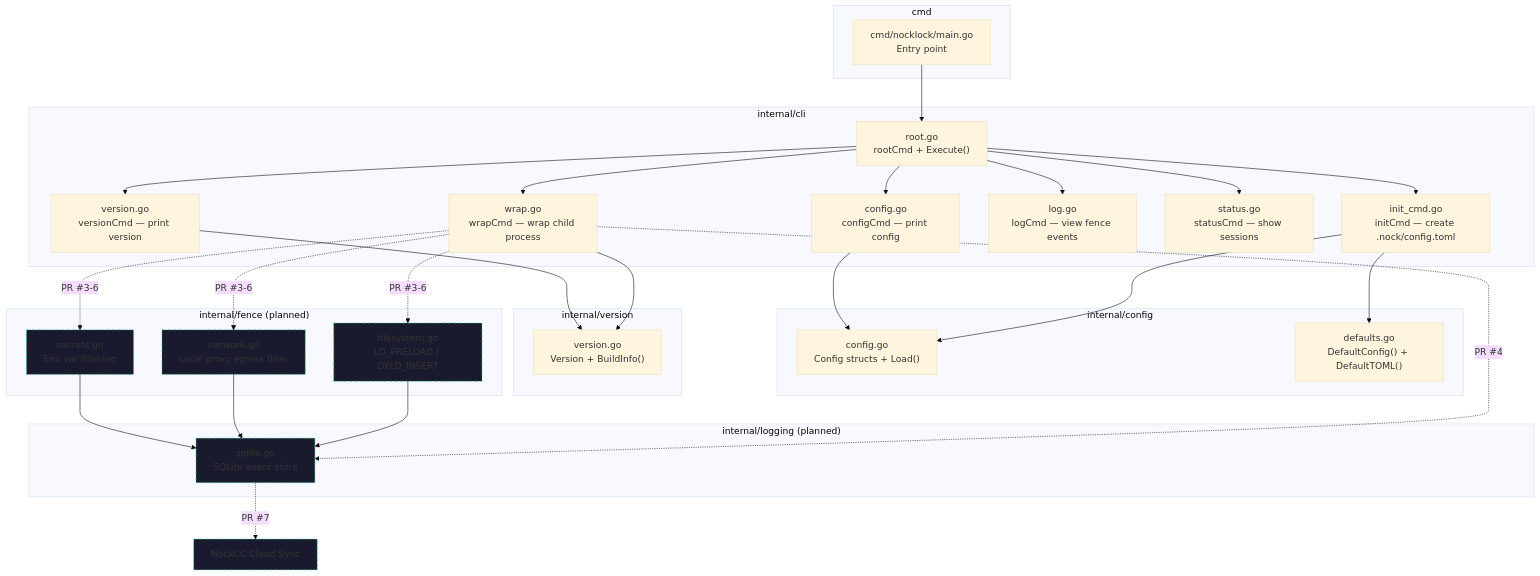
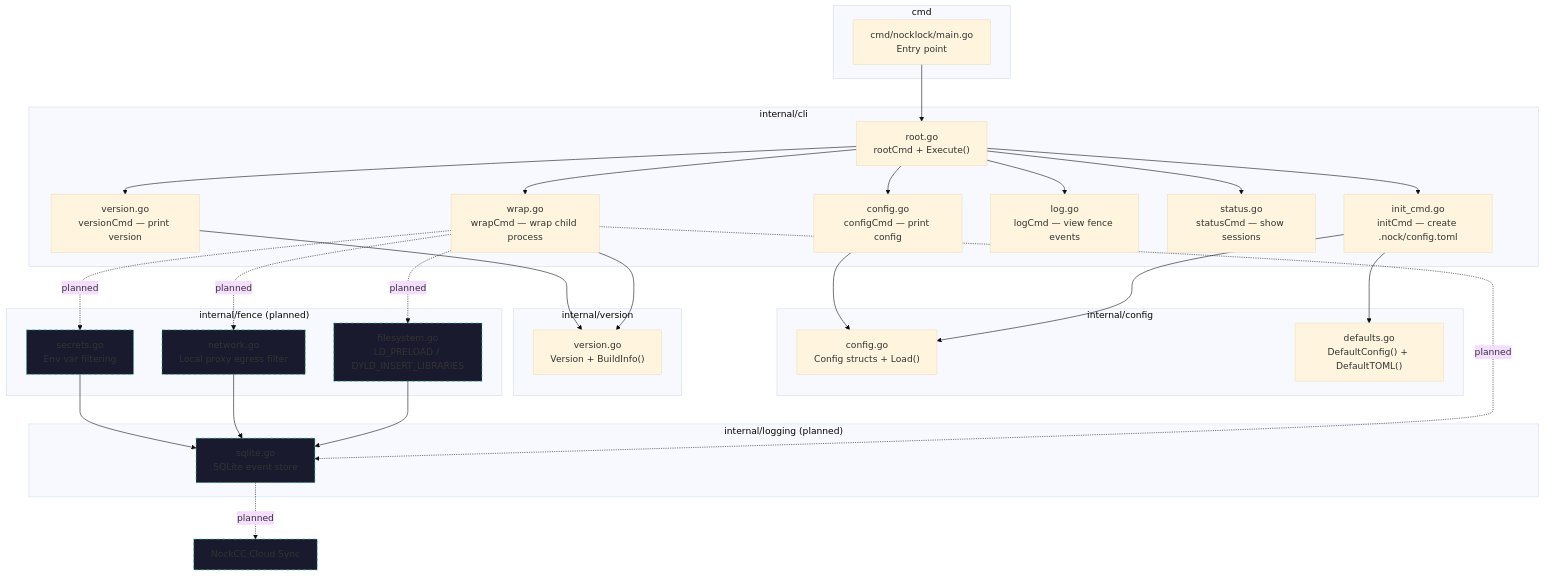
Before and after one commit to nocktechnologies/nocklock: the diagram in .claude/diagrams/architecture.mermaid, drawn with Mermaid (base theme). The commit also changed 6 other files, not shown here.

```diff
--- a/.claude/diagrams/architecture.mermaid
+++ b/.claude/diagrams/architecture.mermaid
@@ -1,64 +1,64 @@
 %% NockLock — Package Architecture
 %% Shows package structure and dependency relationships
 
 graph TD
     subgraph "cmd"
         main["cmd/nocklock/main.go<br/>Entry point"]
     end
 
     subgraph "internal/cli"
         root["root.go<br/>rootCmd + Execute()"]
         wrap["wrap.go<br/>wrapCmd — wrap child process"]
         init_cmd["init_cmd.go<br/>initCmd — create .nock/config.toml"]
         config_cmd["config.go<br/>configCmd — print config"]
         log_cmd["log.go<br/>logCmd — view fence events"]
         status_cmd["status.go<br/>statusCmd — show sessions"]
         version_cmd["version.go<br/>versionCmd — print version"]
     end
 
     subgraph "internal/config"
         config["config.go<br/>Config structs + Load()"]
         defaults["defaults.go<br/>DefaultConfig() + DefaultTOML()"]
     end
 
     subgraph "internal/version"
         version["version.go<br/>Version + BuildInfo()"]
     end
 
     subgraph "internal/fence (planned)"
-        fs_fence["filesystem.go<br/>LD_PRELOAD / DYLD_INSERT"]
+        fs_fence["filesystem.go<br/>LD_PRELOAD / DYLD_INSERT_LIBRARIES"]
         net_fence["network.go<br/>Local proxy egress filter"]
         sec_fence["secrets.go<br/>Env var filtering"]
     end
 
     subgraph "internal/logging (planned)"
         sqlite["sqlite.go<br/>SQLite event store"]
     end
 
     main --> root
     root --> wrap
     root --> init_cmd
     root --> config_cmd
     root --> log_cmd
     root --> status_cmd
     root --> version_cmd
 
     wrap --> version
     version_cmd --> version
     init_cmd --> config
     init_cmd --> defaults
     config_cmd --> config
 
-    wrap -.->|"PR #3-6"| fs_fence
-    wrap -.->|"PR #3-6"| net_fence
-    wrap -.->|"PR #3-6"| sec_fence
-    wrap -.->|"PR #4"| sqlite
+    wrap -.->|"planned"| fs_fence
+    wrap -.->|"planned"| net_fence
+    wrap -.->|"planned"| sec_fence
+    wrap -.->|"planned"| sqlite
 
     fs_fence --> sqlite
     net_fence --> sqlite
     sec_fence --> sqlite
 
-    sqlite -.->|"PR #7"| cloud["NockCC Cloud Sync"]
+    sqlite -.->|"planned"| cloud["NockCC Cloud Sync"]
 
     classDef planned fill:#1a1a2e,stroke:#10B981,stroke-dasharray: 5 5
     class fs_fence,net_fence,sec_fence,sqlite,cloud planned
```
